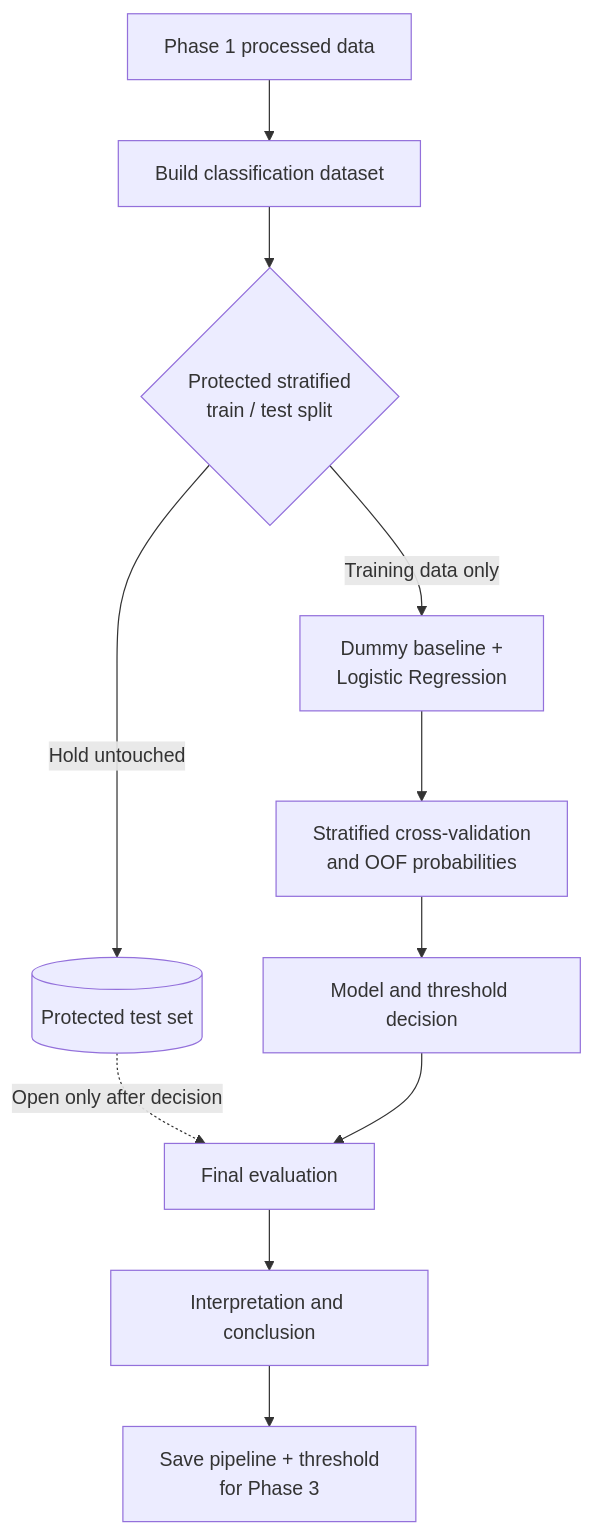
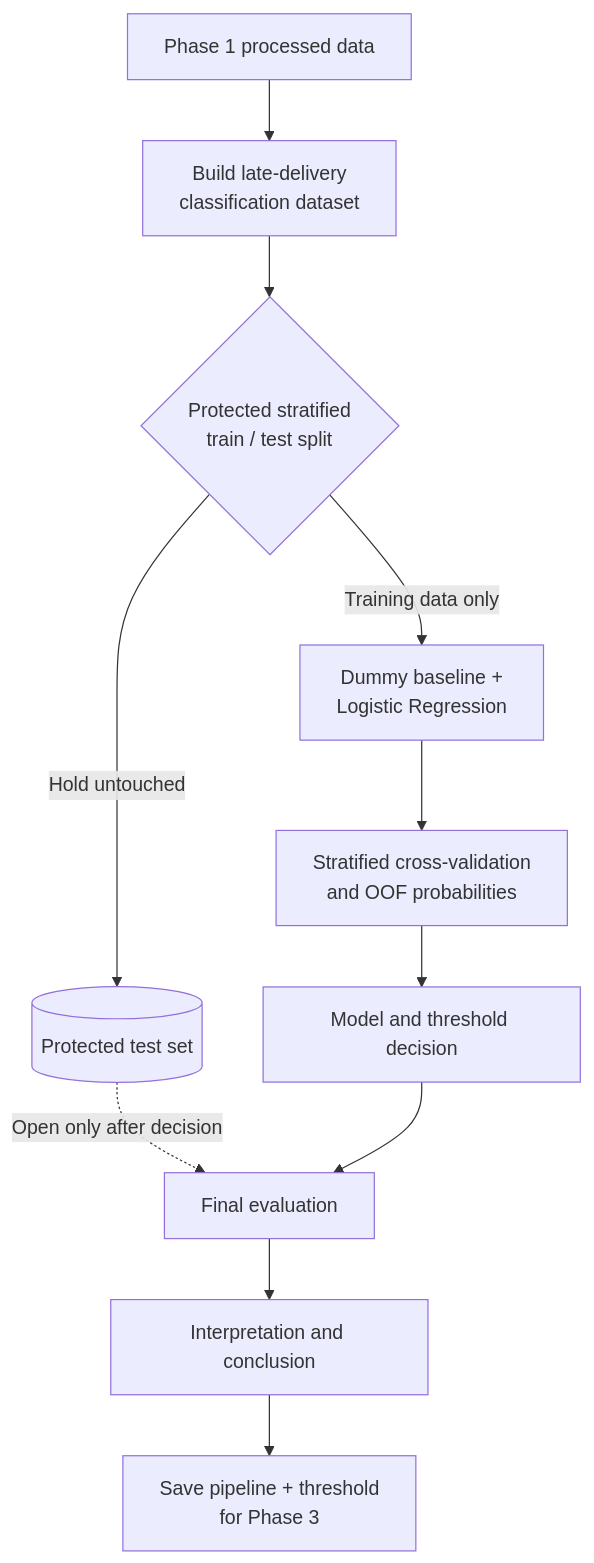
One commit to Voycepeh/Team01_IT5006_Ecommerce_Analytics_AY2627Sem1 changed the diagram in docs/phase2-classification-workflow.md. Above: the diagram before and after it, drawn with Mermaid. The commit also changed other lines of this file and 4 other files, not shown here.

Commit message:
Realign classification to late deliveries

````diff
--- a/docs/phase2-classification-workflow.md
+++ b/docs/phase2-classification-workflow.md
@@ -23,16 +22,16 @@
 ```mermaid
 flowchart TD
-    P1[Phase 1 processed data] --> BUILD[Build classification dataset]
+    P1[Phase 1 processed data] --> BUILD[Build late-delivery<br/>classification dataset]
     BUILD --> SPLIT{Protected stratified<br/>train / test split}
 
     SPLIT -->|Training data only| MODELS[Dummy baseline +<br/>Logistic Regression]
     MODELS --> CV[Stratified cross-validation<br/>and OOF probabilities]
     CV --> DECIDE[Model and threshold decision]
 
     SPLIT -->|Hold untouched| TEST[(Protected test set)]
     TEST -.->|Open only after decision| FINAL[Final evaluation]
     DECIDE --> FINAL
 
     FINAL --> INTERPRET[Interpretation and conclusion]
     INTERPRET --> SAVE[Save pipeline + threshold<br/>for Phase 3]
 ```
````
